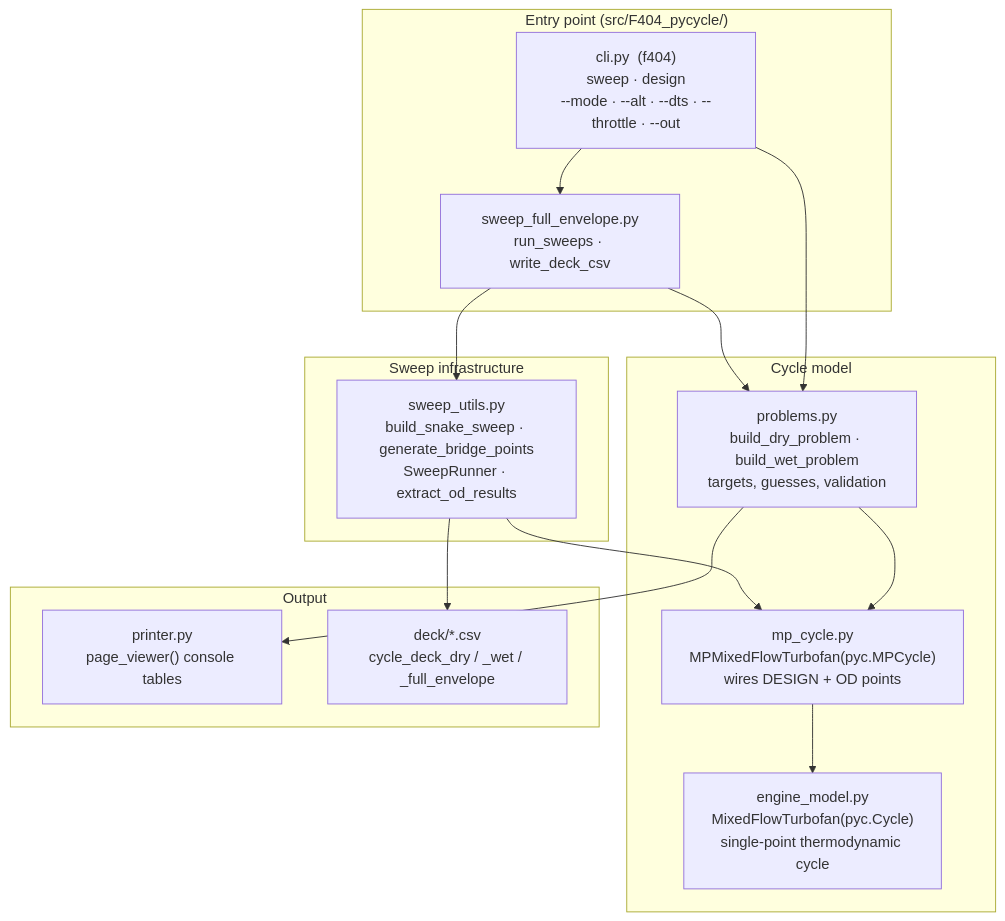
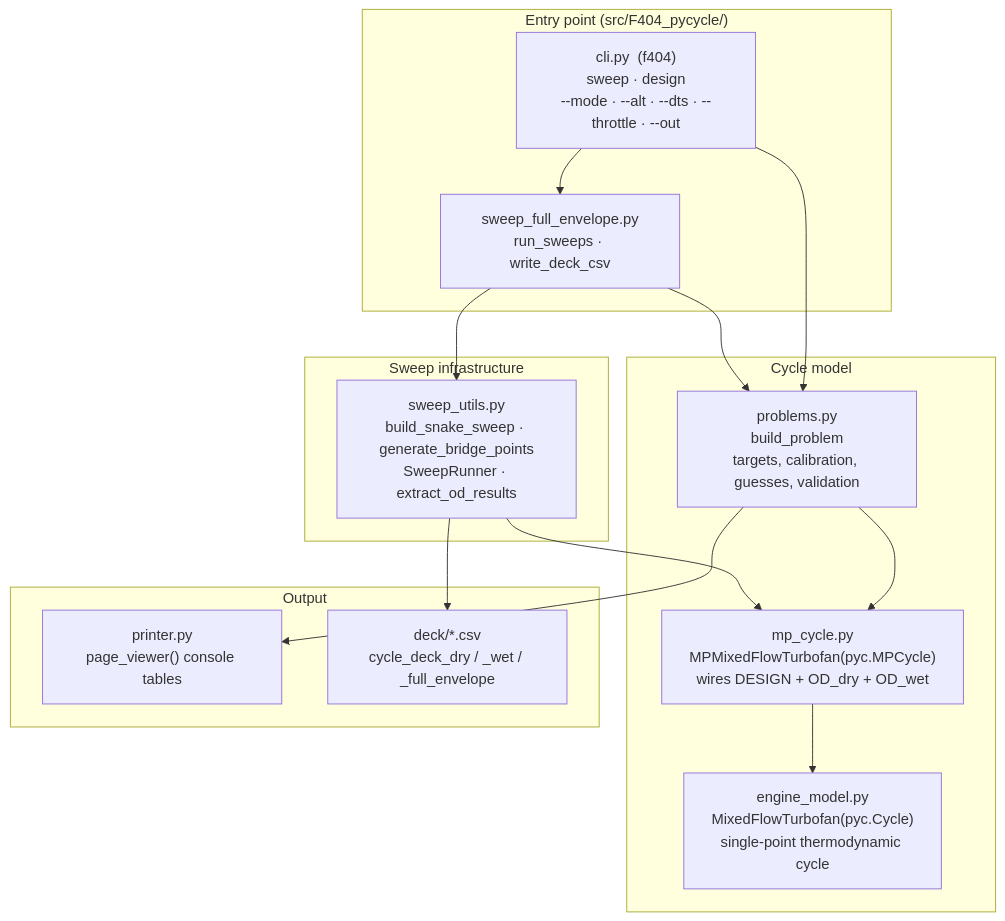
The diagram in README.md (Jhawk414/F404), drawn with Mermaid before and after one commit. The commit also changed other lines of this file and 6 other files, not shown here.

````diff
--- a/README.md
+++ b/README.md
@@ -77,32 +79,32 @@
 ```mermaid
 flowchart TD
     subgraph Drivers["Entry point (src/F404_pycycle/)"]
         CLI["cli.py  (f404)<br/>sweep · design<br/>--mode · --alt · --dts · --throttle · --out"]
         A["sweep_full_envelope.py<br/>run_sweeps · write_deck_csv"]
     end
 
     subgraph Model["Cycle model"]
-        B["problems.py<br/>build_dry_problem · build_wet_problem<br/>targets, guesses, validation"]
-        C["mp_cycle.py<br/>MPMixedFlowTurbofan(pyc.MPCycle)<br/>wires DESIGN + OD points"]
+        B["problems.py<br/>build_problem<br/>targets, calibration, guesses, validation"]
+        C["mp_cycle.py<br/>MPMixedFlowTurbofan(pyc.MPCycle)<br/>wires DESIGN + OD_dry + OD_wet"]
         D["engine_model.py<br/>MixedFlowTurbofan(pyc.Cycle)<br/>single-point thermodynamic cycle"]
     end
 
     subgraph Sweep["Sweep infrastructure"]
         E["sweep_utils.py<br/>build_snake_sweep · generate_bridge_points<br/>SweepRunner · extract_od_results"]
     end
 
     subgraph Output["Output"]
         F["printer.py<br/>page_viewer() console tables"]
         G["deck/*.csv<br/>cycle_deck_dry / _wet / _full_envelope"]
     end
 
     CLI --> A
     CLI --> B
     A --> B
     B --> C
     C --> D
     B --> F
     A --> E
     E --> C
     E --> G
 ```
````
